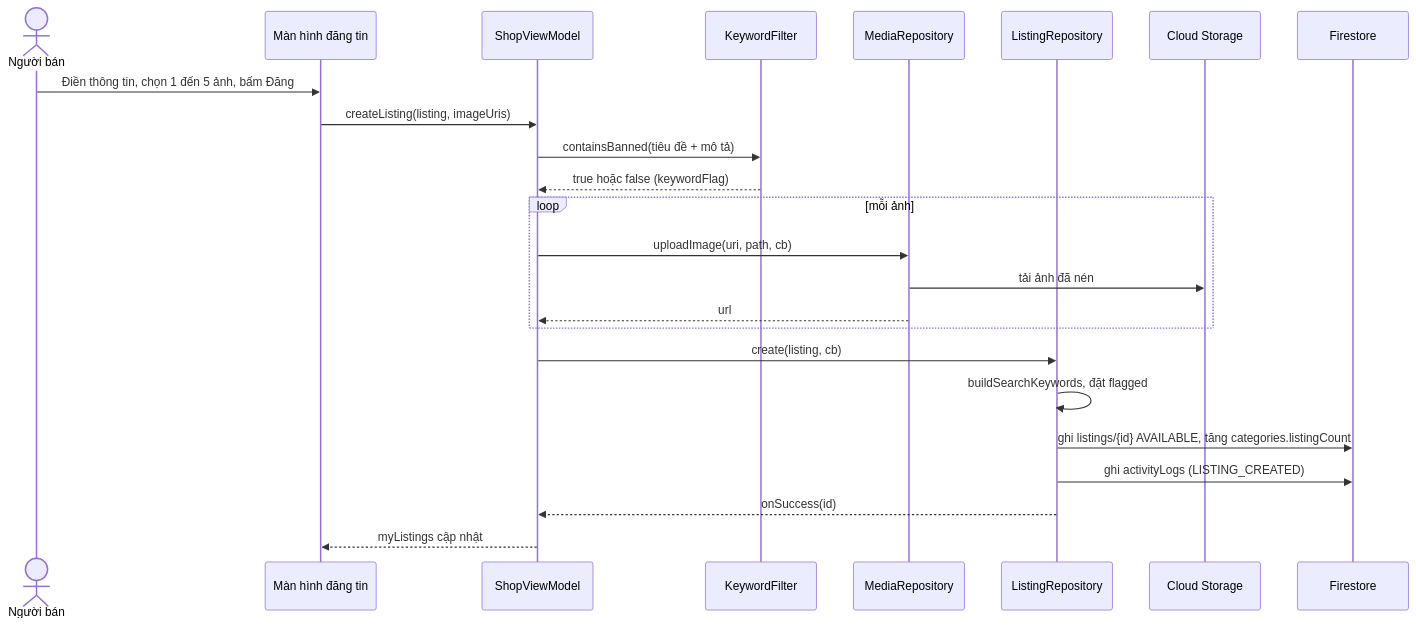
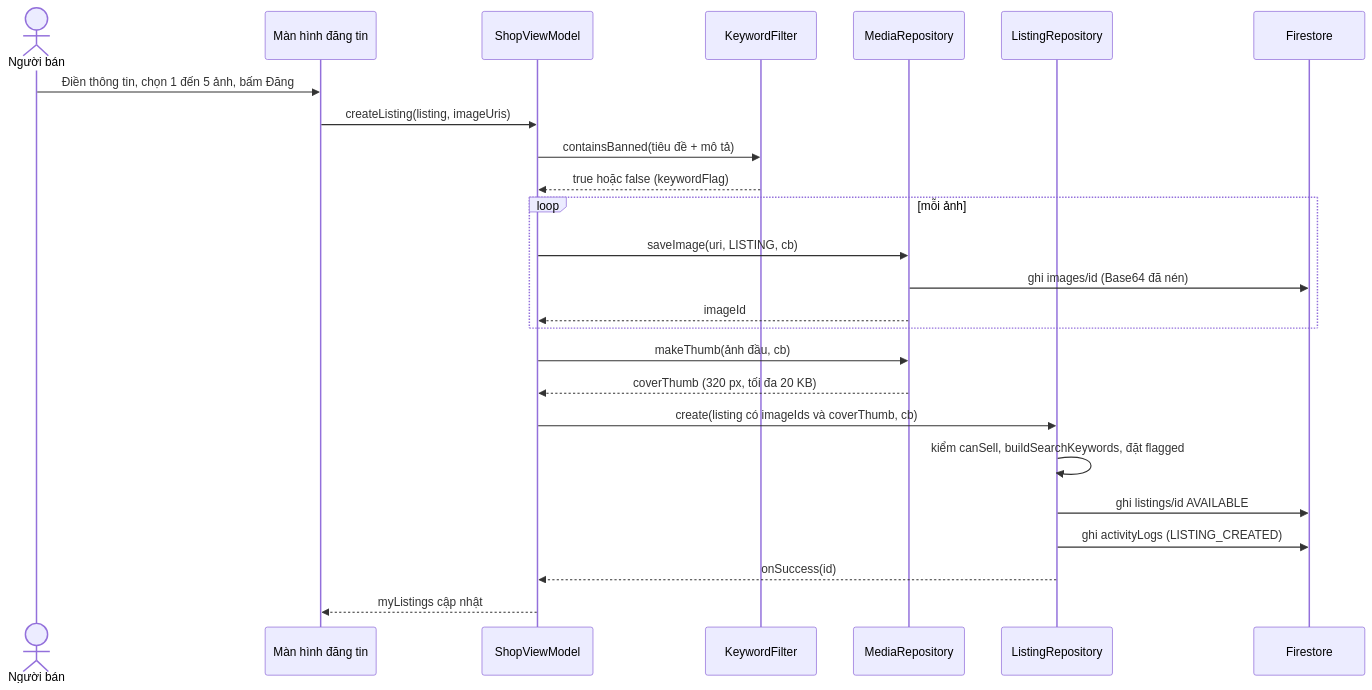
Before and after one commit to tahpnart8/NHOM3-MobileApp: the second of 7 diagrams in workflow/docs/architecture/luong-xu-ly.md, drawn with Mermaid. The commit also changed other lines of this file and 116 other files, not shown here.

````diff
--- a/workflow/docs/architecture/luong-xu-ly.md
+++ b/workflow/docs/architecture/luong-xu-ly.md
@@ -50,26 +64,27 @@
 ```mermaid
 sequenceDiagram
     actor S as Người bán
     participant V as Màn hình đăng tin
     participant VM as ShopViewModel
     participant KF as KeywordFilter
     participant MR as MediaRepository
     participant LR as ListingRepository
-    participant ST as Cloud Storage
     participant FS as Firestore
     S->>V: Điền thông tin, chọn 1 đến 5 ảnh, bấm Đăng
     V->>VM: createListing(listing, imageUris)
     VM->>KF: containsBanned(tiêu đề + mô tả)
     KF-->>VM: true hoặc false (keywordFlag)
     loop mỗi ảnh
-        VM->>MR: uploadImage(uri, path, cb)
-        MR->>ST: tải ảnh đã nén
-        MR-->>VM: url
+        VM->>MR: saveImage(uri, LISTING, cb)
+        MR->>FS: ghi images/id (Base64 đã nén)
+        MR-->>VM: imageId
     end
-    VM->>LR: create(listing, cb)
-    LR->>LR: buildSearchKeywords, đặt flagged
-    LR->>FS: ghi listings/{id} AVAILABLE, tăng categories.listingCount
+    VM->>MR: makeThumb(ảnh đầu, cb)
+    MR-->>VM: coverThumb (320 px, tối đa 20 KB)
+    VM->>LR: create(listing có imageIds và coverThumb, cb)
+    LR->>LR: kiểm canSell, buildSearchKeywords, đặt flagged
+    LR->>FS: ghi listings/id AVAILABLE
     LR->>FS: ghi activityLogs (LISTING_CREATED)
     LR-->>VM: onSuccess(id)
     VM-->>V: myListings cập nhật
 ```
````
